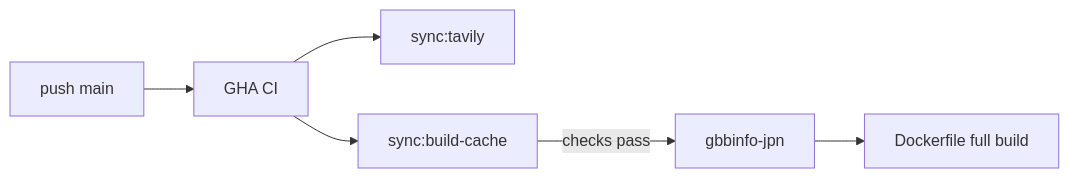
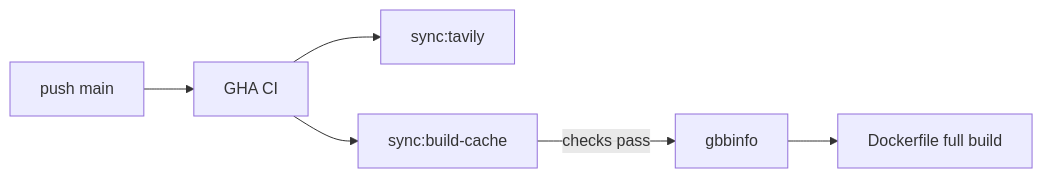
The diagram in README.md (shumizu418128/gbbinfo4.0), drawn with Mermaid before and after one commit. The commit also changed other lines of this file and 44 other files, not shown here.

````diff
--- a/README.md
+++ b/README.md
@@ -90,8 +90,8 @@
 ```mermaid
 flowchart LR
   push[push main] --> gha[GHA CI]
   gha --> tavily[sync:tavily]
   gha --> cache[sync:build-cache]
-  cache -->|checks pass| render[gbbinfo-jpn]
+  cache -->|checks pass| render[gbbinfo]
   render --> docker[Dockerfile full build]
 ```
````
